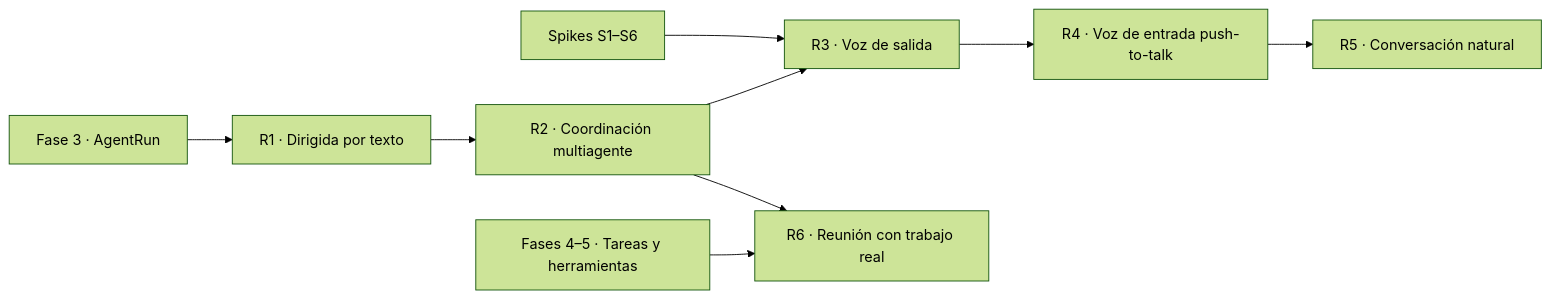
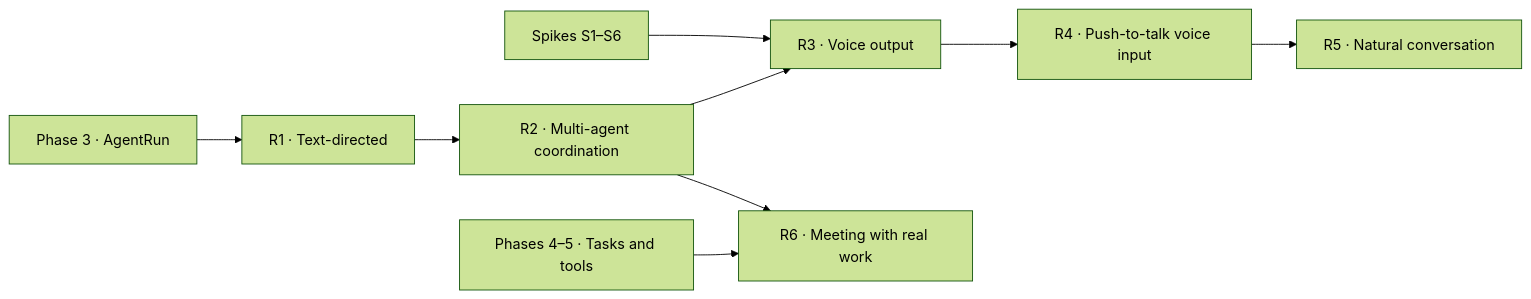
The diagram in docs/product/roadmap.md (Dach3r/meelting), drawn with Mermaid (forest theme) before and after one commit. The commit also changed other lines of this file, not shown here.

Commit message:
📝 docs(roadmap): translate to english

````diff
--- a/docs/product/roadmap.md
+++ b/docs/product/roadmap.md
@@ -54,11 +54,11 @@
 ```mermaid
 flowchart LR
-    F3[Fase 3 · AgentRun] --> R1[R1 · Dirigida por texto]
-    R1 --> R2[R2 · Coordinación multiagente]
-    R2 --> R3[R3 · Voz de salida]
+    F3[Phase 3 · AgentRun] --> R1[R1 · Text-directed]
+    R1 --> R2[R2 · Multi-agent coordination]
+    R2 --> R3[R3 · Voice output]
     S[Spikes S1–S6] --> R3
-    R3 --> R4[R4 · Voz de entrada push-to-talk]
-    R4 --> R5[R5 · Conversación natural]
-    F5[Fases 4–5 · Tareas y herramientas] --> R6[R6 · Reunión con trabajo real]
+    R3 --> R4[R4 · Push-to-talk voice input]
+    R4 --> R5[R5 · Natural conversation]
+    F5[Phases 4–5 · Tasks and tools] --> R6[R6 · Meeting with real work]
     R2 --> R6
 ```
````
